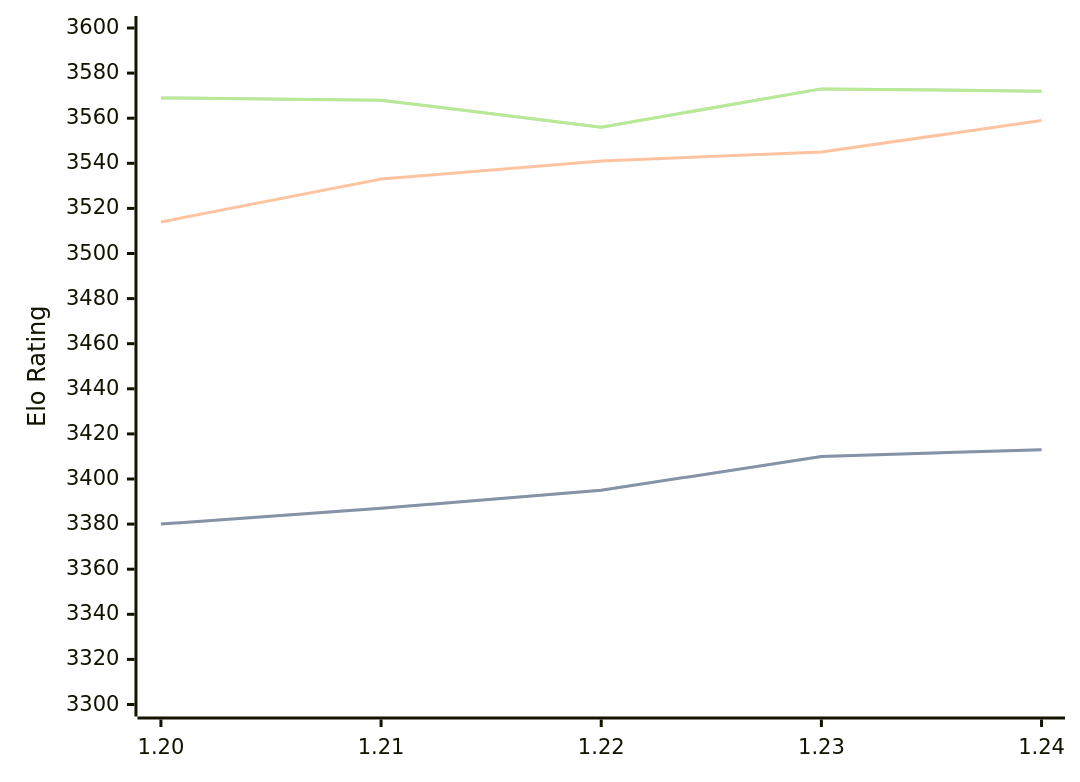
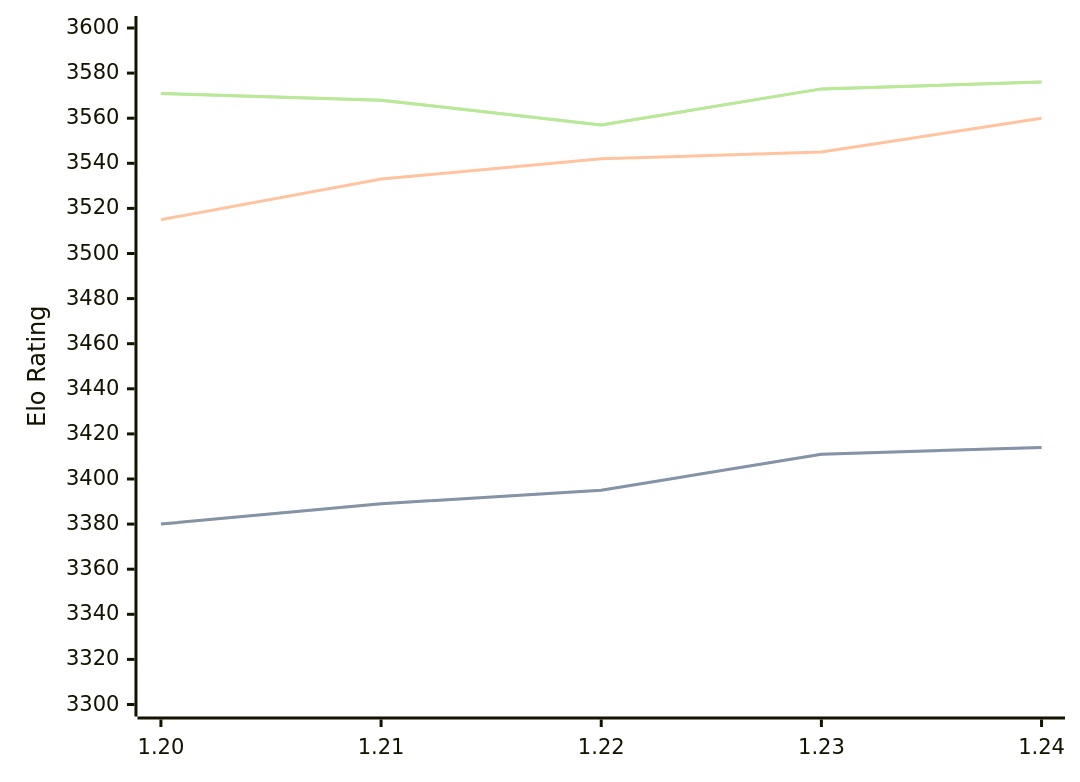
The diagram in engines/Caissa.md (computer-chess-index/cci), drawn with Mermaid before and after one commit. The commit also changed other lines of this file, not shown here.

Commit message:
Update CCI Ratings (ELO VLTC) - 2026-04-05

````diff
--- a/engines/Caissa.md
+++ b/engines/Caissa.md
@@ -64,11 +64,11 @@
 ```mermaid
 %%{init: {"theme":"base","themeVariables":{"seriesColors:['#a3a3a3','#222221','#faa371']}}}%%
 xychart-beta
   x-axis ["1.20", "1.21", "1.22", "1.23", "1.24"]
   y-axis "Elo Rating" 3300 --> 3600
-  line "STC (8.0+0.08s)" [3380, 3387, 3395, 3410, 3413]
-  line "STC (8.0+0.08s)" [3380, 3387, 3395, 3410, 3413]
-  line "LTC (60.0+0.60s)" [3514, 3533, 3541, 3545, 3559]
-  line "VLTC (2m24s+1.12s)" [3569, 3568, 3556, 3573, 3572]
-  line "VLTC (2m24s+1.12s)" [3569, 3568, 3556, 3573, 3572]
+  line "STC (8.0+0.08s)" [3380, 3389, 3395, 3411, 3414]
+  line "STC (8.0+0.08s)" [3380, 3389, 3395, 3411, 3414]
+  line "LTC (60.0+0.60s)" [3515, 3533, 3542, 3545, 3560]
+  line "VLTC (2m24s+1.12s)" [3571, 3568, 3557, 3573, 3576]
+  line "VLTC (2m24s+1.12s)" [3571, 3568, 3557, 3573, 3576]
 ```
````
